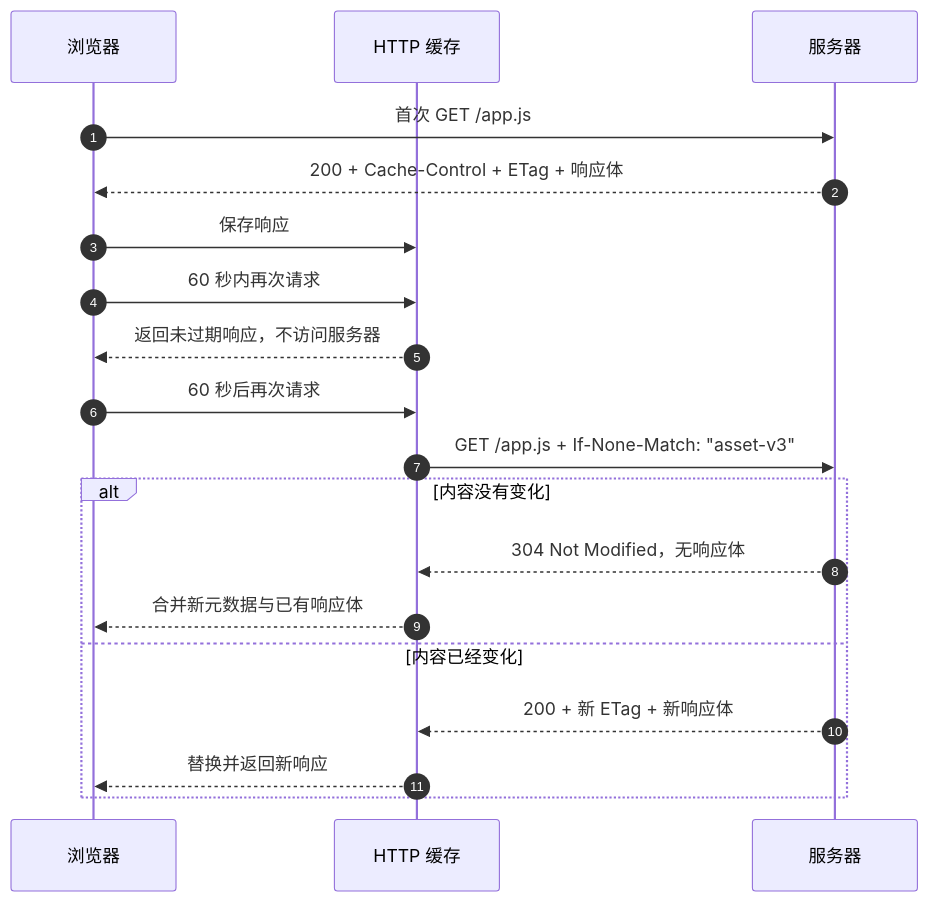
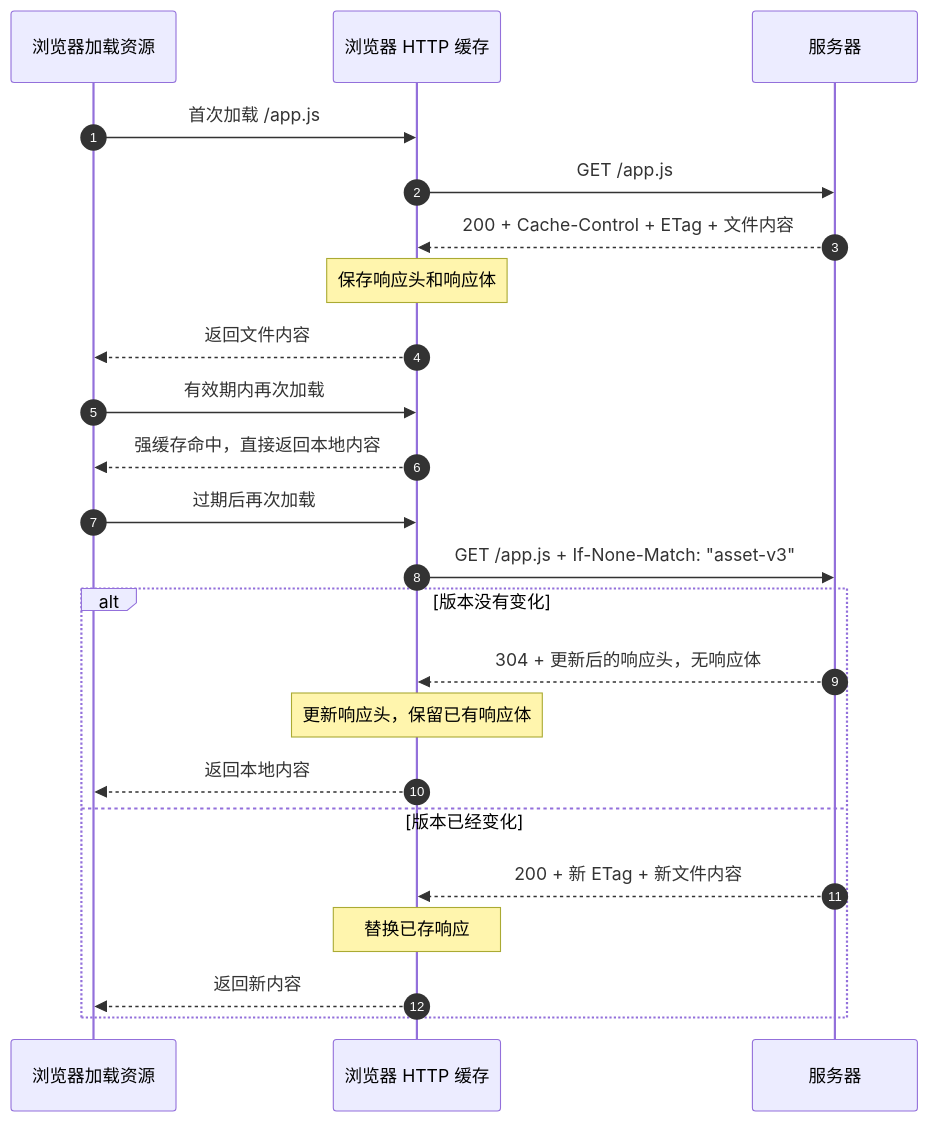
One commit to zeevenn/notes changed the diagram in docs/computer-science/networking/http-caching.md. Above: the diagram before and after it, drawn with Mermaid. The commit also changed other lines of this file and 8 other files, not shown here.

Commit message:
docs(browser): expand cookie and HTTP caching notes

````diff
--- a/docs/computer-science/networking/http-caching.md
+++ b/docs/computer-science/networking/http-caching.md
@@ -39,24 +50,28 @@
 ```mermaid
 sequenceDiagram
   autonumber
-  participant Browser as 浏览器
-  participant Cache as HTTP 缓存
+  participant Browser as 浏览器加载资源
+  participant Cache as 浏览器 HTTP 缓存
   participant Server as 服务器
 
-  Browser->>Server: 首次 GET /app.js
-  Server-->>Browser: 200 + Cache-Control + ETag + 响应体
-  Browser->>Cache: 保存响应
+  Browser->>Cache: 首次加载 /app.js
+  Cache->>Server: GET /app.js
+  Server-->>Cache: 200 + Cache-Control + ETag + 文件内容
+  Note over Cache: 保存响应头和响应体
+  Cache-->>Browser: 返回文件内容
 
-  Browser->>Cache: 60 秒内再次请求
-  Cache-->>Browser: 返回未过期响应，不访问服务器
+  Browser->>Cache: 有效期内再次加载
+  Cache-->>Browser: 强缓存命中，直接返回本地内容
 
-  Browser->>Cache: 60 秒后再次请求
+  Browser->>Cache: 过期后再次加载
   Cache->>Server: GET /app.js + If-None-Match: "asset-v3"
-  alt 内容没有变化
-    Server-->>Cache: 304 Not Modified，无响应体
-    Cache-->>Browser: 合并新元数据与已有响应体
-  else 内容已经变化
-    Server-->>Cache: 200 + 新 ETag + 新响应体
-    Cache-->>Browser: 替换并返回新响应
+  alt 版本没有变化
+    Server-->>Cache: 304 + 更新后的响应头，无响应体
+    Note over Cache: 更新响应头，保留已有响应体
+    Cache-->>Browser: 返回本地内容
+  else 版本已经变化
+    Server-->>Cache: 200 + 新 ETag + 新文件内容
+    Note over Cache: 替换已存响应
+    Cache-->>Browser: 返回新内容
   end
 ```
````
